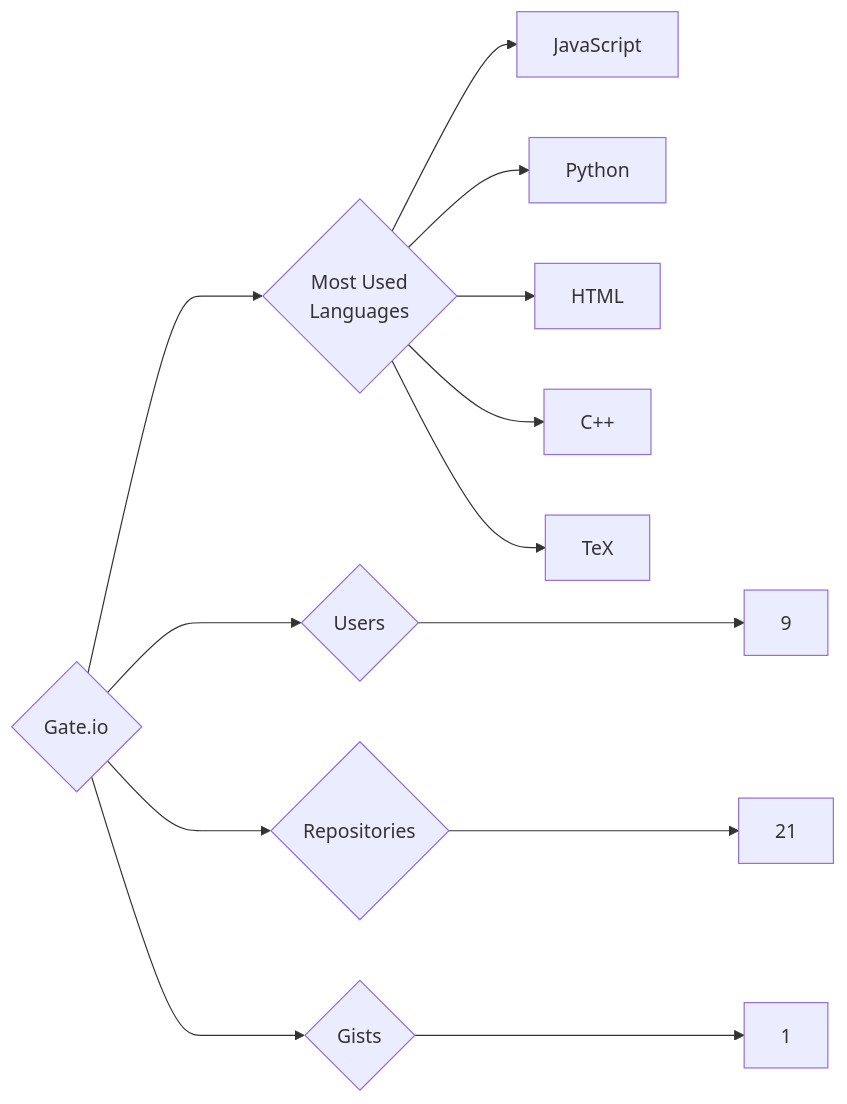
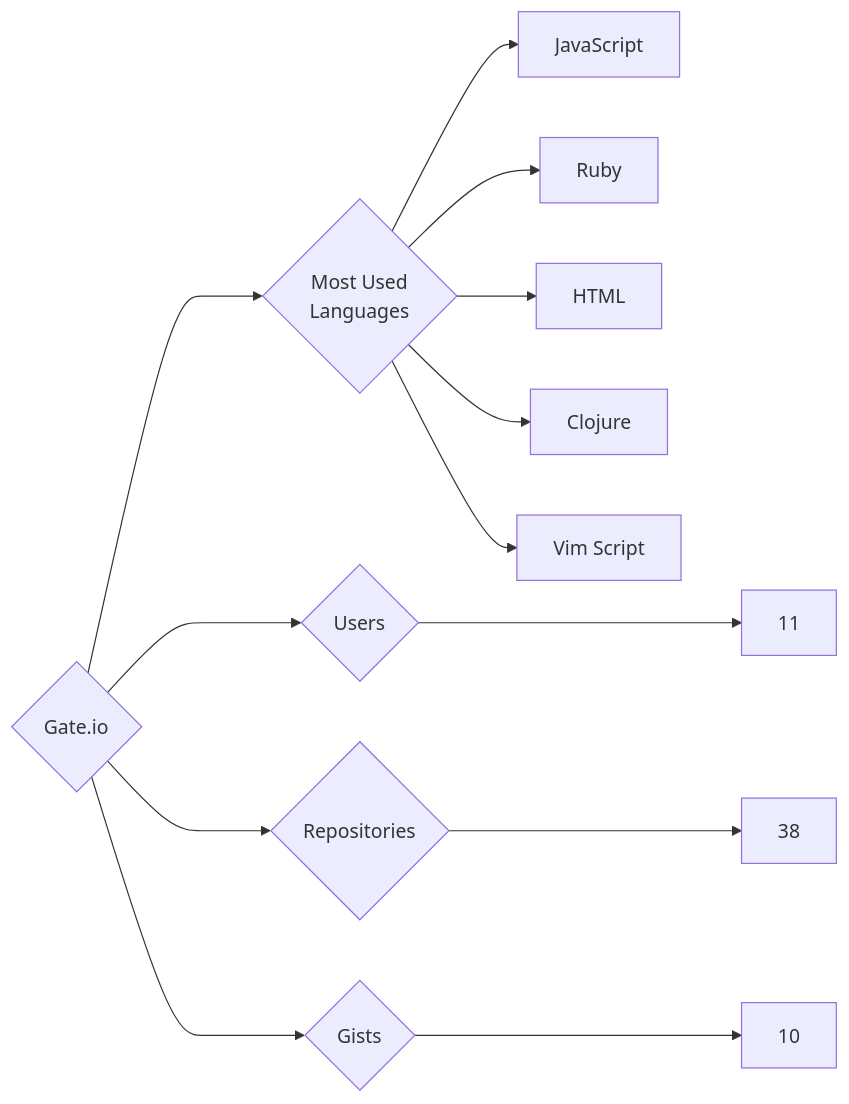
Before and after one commit to trickest/insiders: the diagram in targets/Gate.io/README.md, drawn with Mermaid. The commit also changed 934 other files, not shown here.

````diff
--- a/targets/Gate.io/README.md
+++ b/targets/Gate.io/README.md
@@ -3,13 +3,13 @@
 ```mermaid
 graph LR
 COMPANY_NAME{Gate.io}
-COMPANY_NAME ---> U{Users} ---> UN[9]
-COMPANY_NAME ---> R{Repositories} ---> RN[21]
-COMPANY_NAME ---> G{Gists} ---> GN[1]
+COMPANY_NAME ---> U{Users} ---> UN[11]
+COMPANY_NAME ---> R{Repositories} ---> RN[38]
+COMPANY_NAME ---> G{Gists} ---> GN[10]
 COMPANY_NAME ---> ML{Most Used<br>Languages}
 ML --> JavaScript[JavaScript]
-ML --> Python[Python]
+ML --> Ruby[Ruby]
 ML --> HTML[HTML]
-ML --> C++[C++]
-ML --> TeX[TeX]
+ML --> Clojure[Clojure]
+ML --> Vim_Script[Vim Script]
 ```
````
